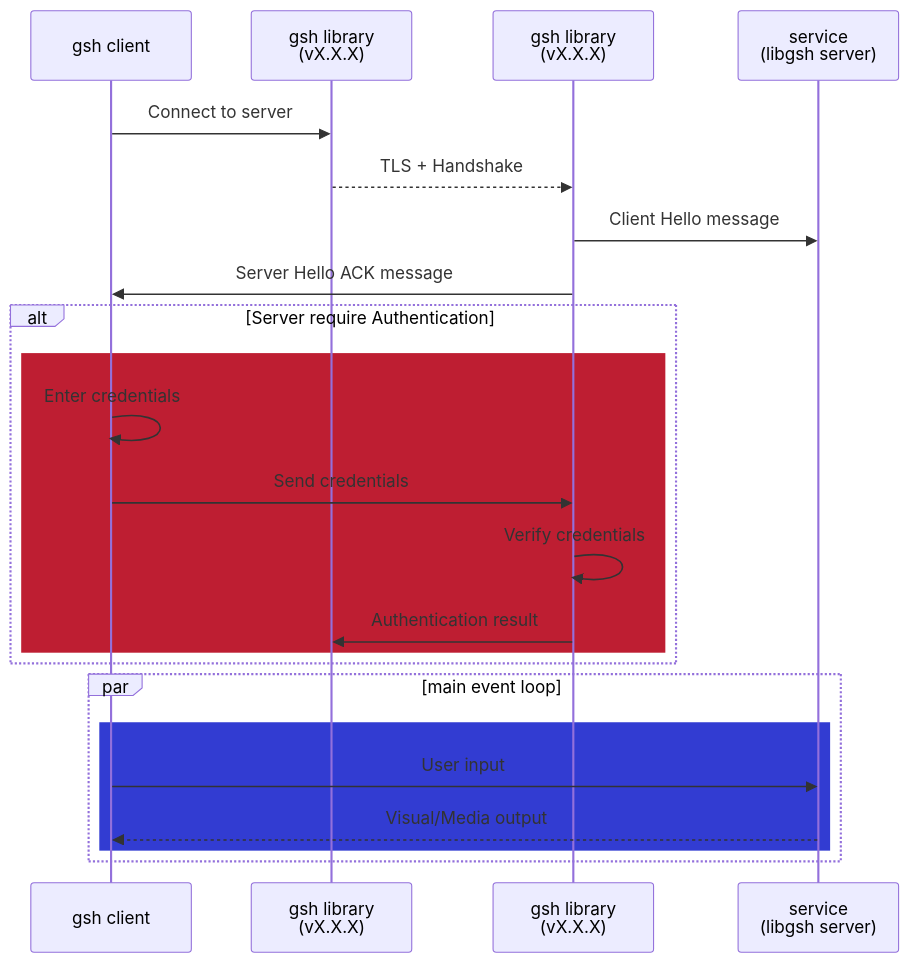
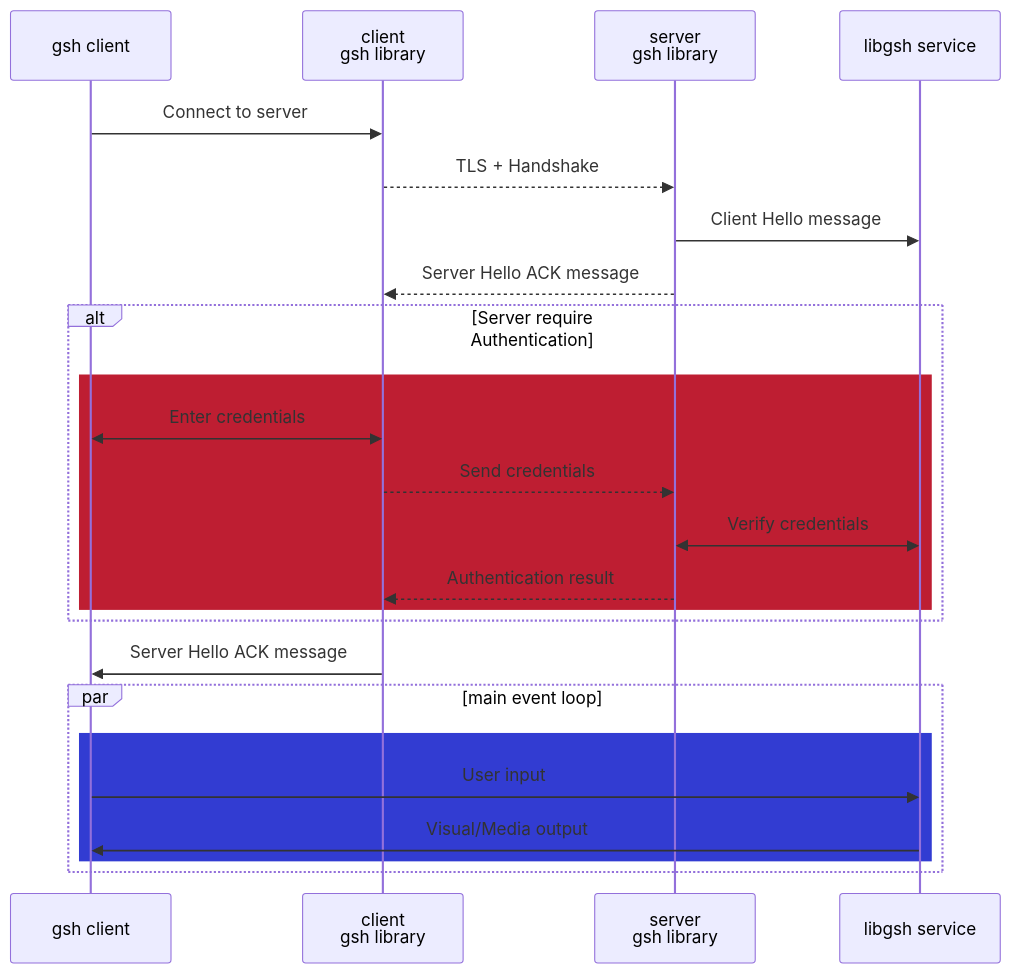
One commit to WilliamRagstad/gsh changed the diagram in libgsh/README.md. Above: the diagram before and after it, drawn with Mermaid. The commit also changed 13 other files, not shown here.

````diff
--- a/libgsh/README.md
+++ b/libgsh/README.md
@@ -42,26 +42,27 @@
 ```mermaid
 sequenceDiagram
 	participant Client as gsh client
-	participant CGSH as gsh library <br> (vX.X.X)
-	participant SGSH as gsh library <br> (vX.X.X)
-	participant Server as service <br> (libgsh server)
+	participant CGSH as client <br> gsh library
+	participant SGSH as server <br> gsh library
+	participant Server as libgsh service
 
 	Client->>CGSH: Connect to server
 	CGSH-->>SGSH: TLS + Handshake
 	SGSH->>Server: Client Hello message
-	SGSH->>Client: Server Hello ACK message
+	SGSH-->>CGSH: Server Hello ACK message
 	alt Server require Authentication
 	rect rgb(190, 30, 50)
-		Client->>Client: Enter credentials
-		Client->>SGSH: Send credentials
-		SGSH->>SGSH: Verify credentials
-		SGSH->>CGSH: Authentication result
+		CGSH<<->>Client: Enter credentials
+		CGSH-->>SGSH: Send credentials
+		SGSH<<->>Server: Verify credentials
+		SGSH-->>CGSH: Authentication result
 	end
 	end
+	CGSH->>Client: Server Hello ACK message
 	par main event loop
     rect rgb(50, 60, 210)
 		Client->>Server: User input
-		Server-->>Client: Visual/Media output
+		Server->>Client: Visual/Media output
 	end
 	end
 ```
````
